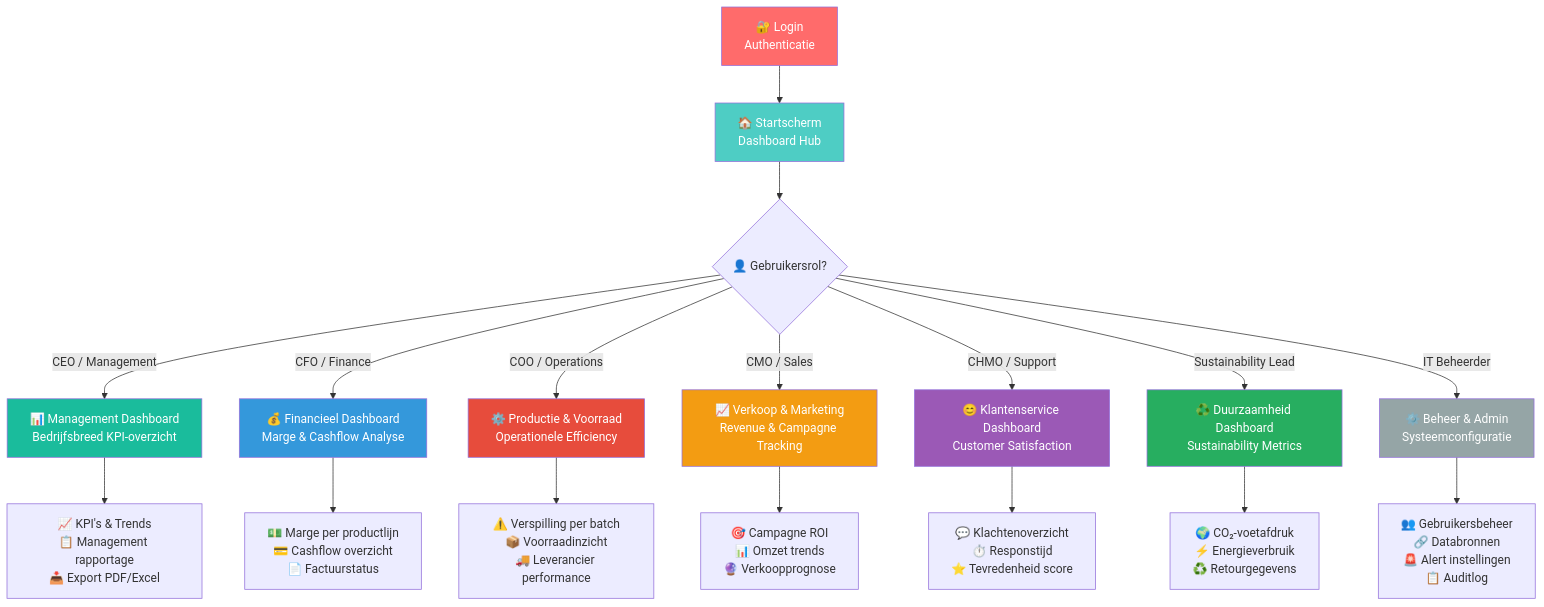
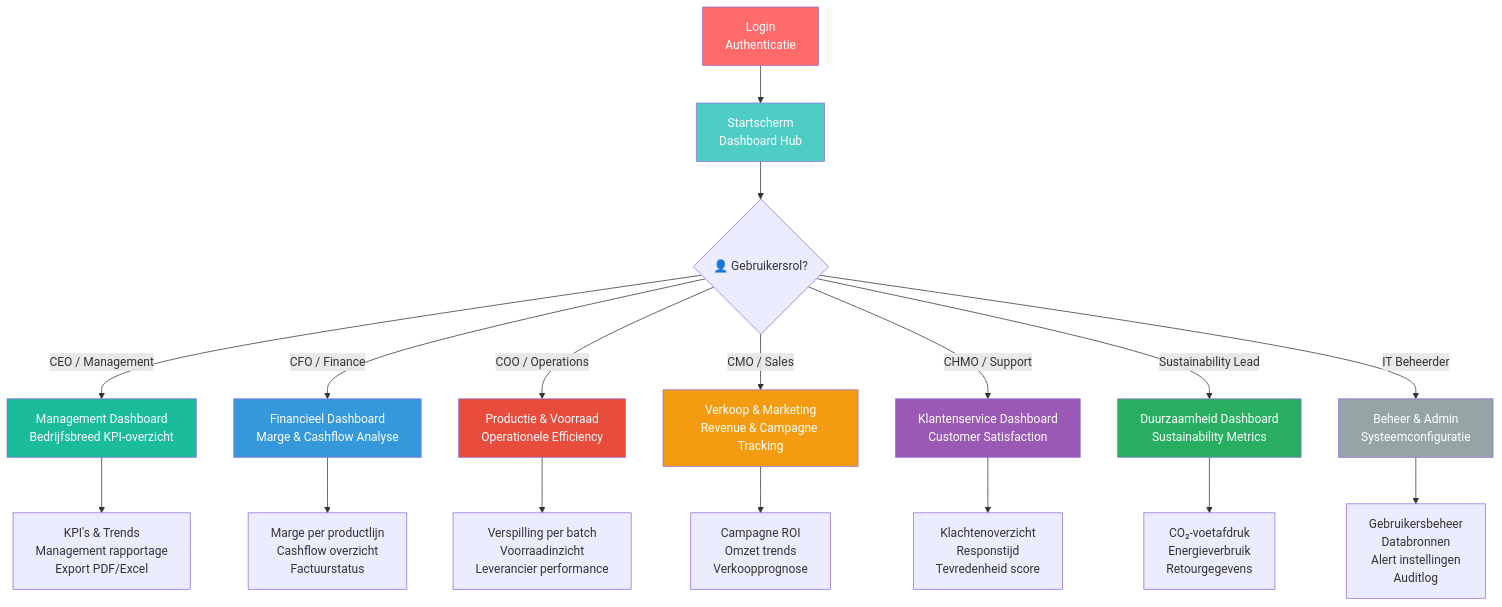
Before and after one commit to thijssonnega/requirements-specificatie: the diagram in requirements-specificatie.md, drawn with Mermaid.

Commit message:
Update sitemap for BI-dashboard user roles

````diff
--- a/requirements-specificatie.md
+++ b/requirements-specificatie.md
@@ -517,32 +517,32 @@
 ```mermaid
 graph TD
-    A["🔐 Login<br/>Authenticatie"] --> B["🏠 Startscherm<br/>Dashboard Hub"]
+    A[" Login<br/>Authenticatie"] --> B[" Startscherm<br/>Dashboard Hub"]
     
     B --> C{"👤 Gebruikersrol?"}
     
-    C -->|CEO / Management| D["📊 Management Dashboard<br/>Bedrijfsbreed KPI-overzicht"]
-    C -->|CFO / Finance| E["💰 Financieel Dashboard<br/>Marge & Cashflow Analyse"]
-    C -->|COO / Operations| F["⚙️ Productie & Voorraad<br/>Operationele Efficiency"]
-    C -->|CMO / Sales| G["📈 Verkoop & Marketing<br/>Revenue & Campagne Tracking"]
-    C -->|CHMO / Support| H["😊 Klantenservice Dashboard<br/>Customer Satisfaction"]
-    C -->|Sustainability Lead| I["♻️ Duurzaamheid Dashboard<br/>Sustainability Metrics"]
-    C -->|IT Beheerder| J["⚙️ Beheer & Admin<br/>Systeemconfiguratie"]
+    C -->|CEO / Management| D[" Management Dashboard<br/>Bedrijfsbreed KPI-overzicht"]
+    C -->|CFO / Finance| E[" Financieel Dashboard<br/>Marge & Cashflow Analyse"]
+    C -->|COO / Operations| F[" Productie & Voorraad<br/>Operationele Efficiency"]
+    C -->|CMO / Sales| G[" Verkoop & Marketing<br/>Revenue & Campagne Tracking"]
+    C -->|CHMO / Support| H["Klantenservice Dashboard<br/>Customer Satisfaction"]
+    C -->|Sustainability Lead| I["Duurzaamheid Dashboard<br/>Sustainability Metrics"]
+    C -->|IT Beheerder| J[" Beheer & Admin<br/>Systeemconfiguratie"]
     
-    D --> D1["📈 KPI's & Trends<br/>📋 Management rapportage<br/>📥 Export PDF/Excel"]
-    E --> E1["💵 Marge per productlijn<br/>💳 Cashflow overzicht<br/>📄 Factuurstatus"]
-    F --> F1["⚠️ Verspilling per batch<br/>📦 Voorraadinzicht<br/>🚚 Leverancier performance"]
-    G --> G1["🎯 Campagne ROI<br/>📊 Omzet trends<br/>🔮 Verkoopprognose"]
-    H --> H1["💬 Klachtenoverzicht<br/>⏱️ Responstijd<br/>⭐ Tevredenheid score"]
-    I --> I1["🌍 CO₂-voetafdruk<br/>⚡ Energieverbruik<br/>♻️ Retourgegevens"]
-    J --> J1["👥 Gebruikersbeheer<br/>🔗 Databronnen<br/>🚨 Alert instellingen<br/>📋 Auditlog"]
+    D --> D1[" KPI's & Trends<br/> Management rapportage<br/> Export PDF/Excel"]
+    E --> E1[" Marge per productlijn<br/> Cashflow overzicht<br/> Factuurstatus"]
+    F --> F1[" Verspilling per batch<br/> Voorraadinzicht<br/> Leverancier performance"]
+    G --> G1[" Campagne ROI<br/> Omzet trends<br/> Verkoopprognose"]
+    H --> H1[" Klachtenoverzicht<br/> Responstijd<br/> Tevredenheid score"]
+    I --> I1[" CO₂-voetafdruk<br/> Energieverbruik<br/> Retourgegevens"]
+    J --> J1[" Gebruikersbeheer<br/> Databronnen<br/> Alert instellingen<br/> Auditlog"]
     
     style A fill:#ff6b6b,color:#fff
     style B fill:#4ecdc4,color:#fff
     style D fill:#1abc9c,color:#fff
     style E fill:#3498db,color:#fff
     style F fill:#e74c3c,color:#fff
     style G fill:#f39c12,color:#fff
     style H fill:#9b59b6,color:#fff
     style I fill:#27ae60,color:#fff
     style J fill:#95a5a6,color:#fff
 ```
````
